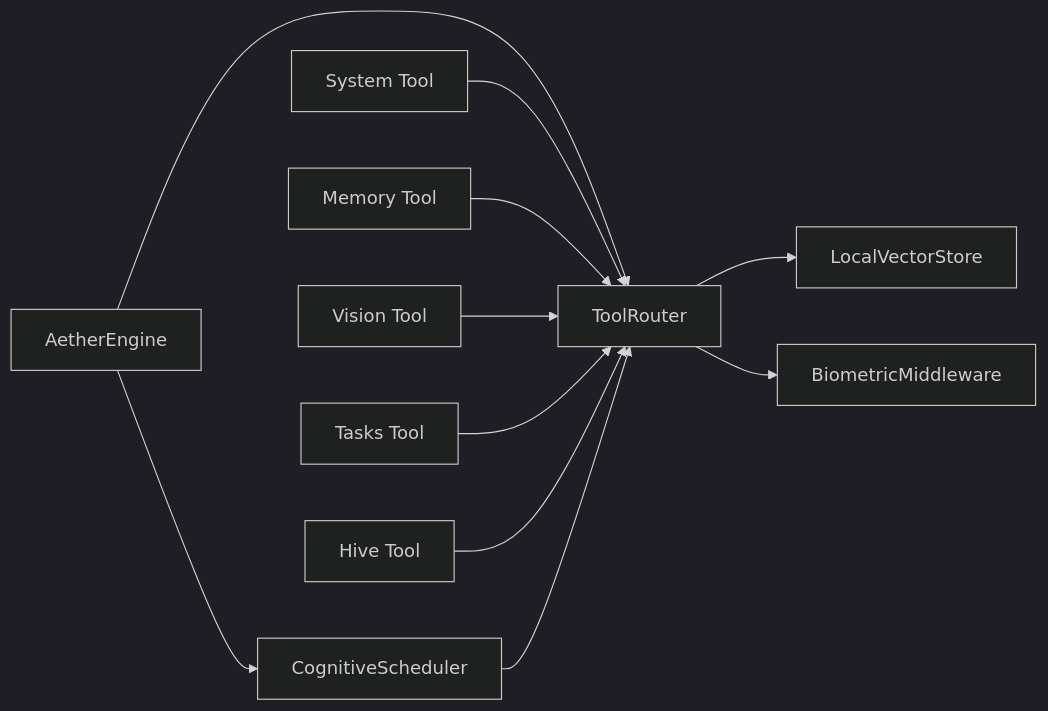
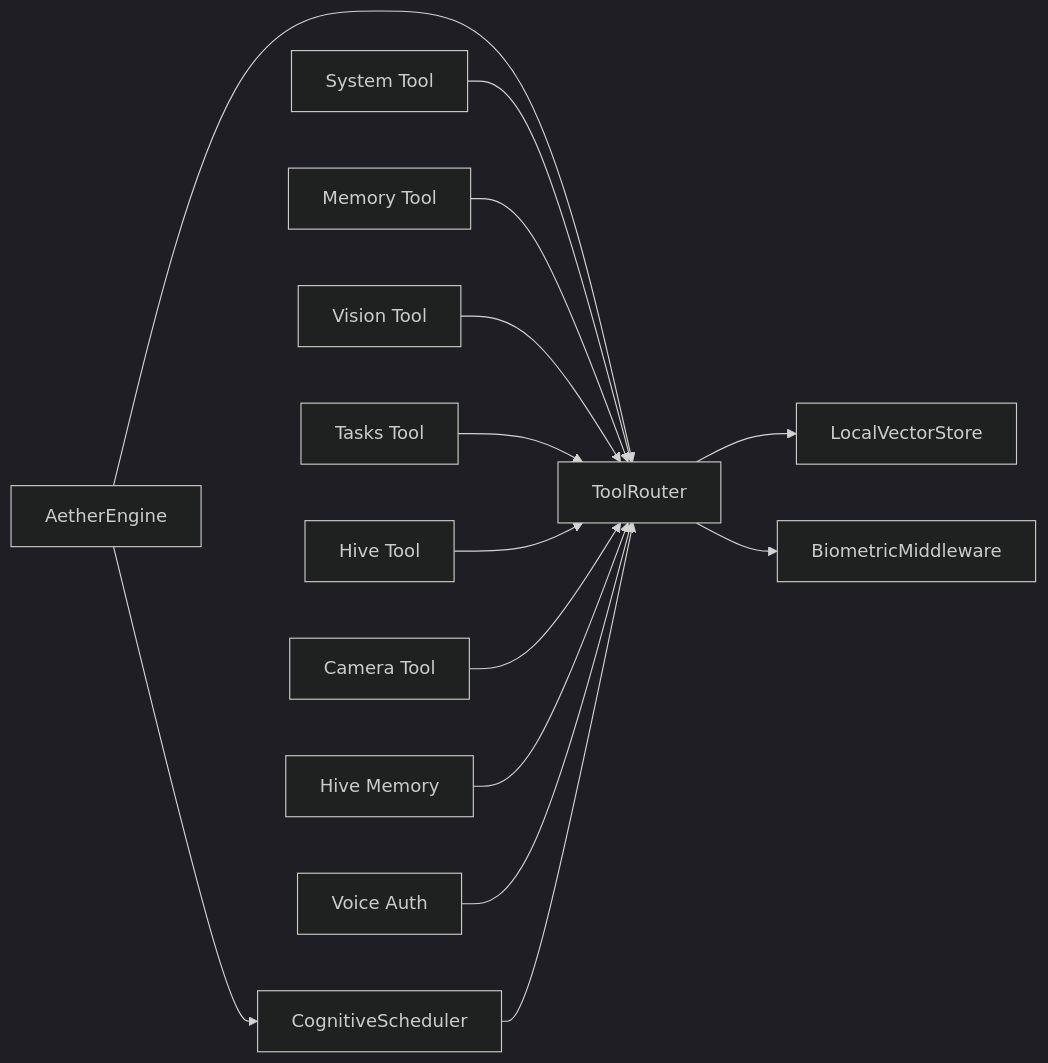
Diagram 18 of 18 in .qoder/repowiki/en/content/AI Integration Layer/Tool Execution System/Tool Execution System.md (Moeabdelaziz007/Aether-Voice-OS), drawn with Mermaid (dark theme) before and after one commit. The commit also changed other lines of this file and 29 other files, not shown here.

````diff
--- a/.qoder/repowiki/en/content/AI Integration Layer/Tool Execution System/Tool Execution System.md
+++ b/.qoder/repowiki/en/content/AI Integration Layer/Tool Execution System/Tool Execution System.md
@@ -468,13 +583,16 @@
 ```mermaid
 graph LR
 Engine["AetherEngine"] --> TRouter["ToolRouter"]
 Engine --> Scheduler["CognitiveScheduler"]
 TRouter --> VS["LocalVectorStore"]
 TRouter --> Sec["BiometricMiddleware"]
 Sys["System Tool"] --> TRouter
 Mem["Memory Tool"] --> TRouter
 Vision["Vision Tool"] --> TRouter
 Tasks["Tasks Tool"] --> TRouter
 Hive["Hive Tool"] --> TRouter
+Camera["Camera Tool"] --> TRouter
+HiveMem["Hive Memory"] --> TRouter
+VoiceAuth["Voice Auth"] --> TRouter
 Scheduler --> TRouter
 ```
````
